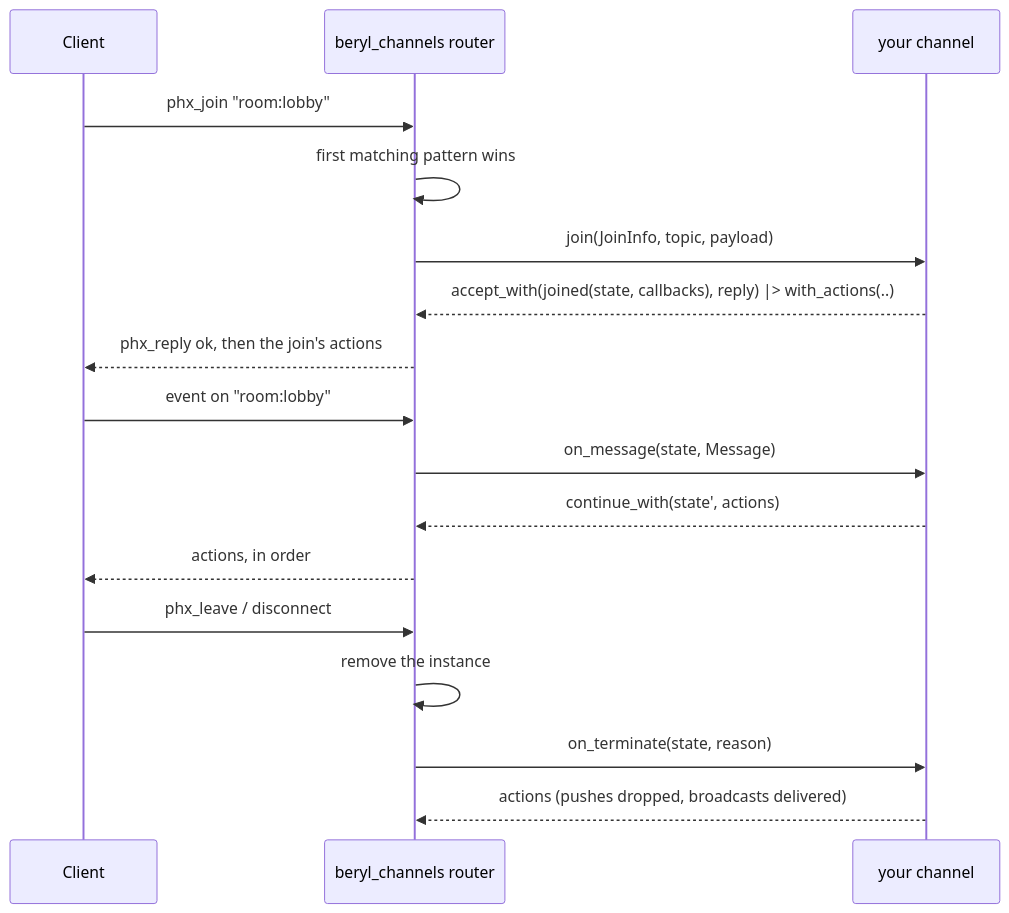
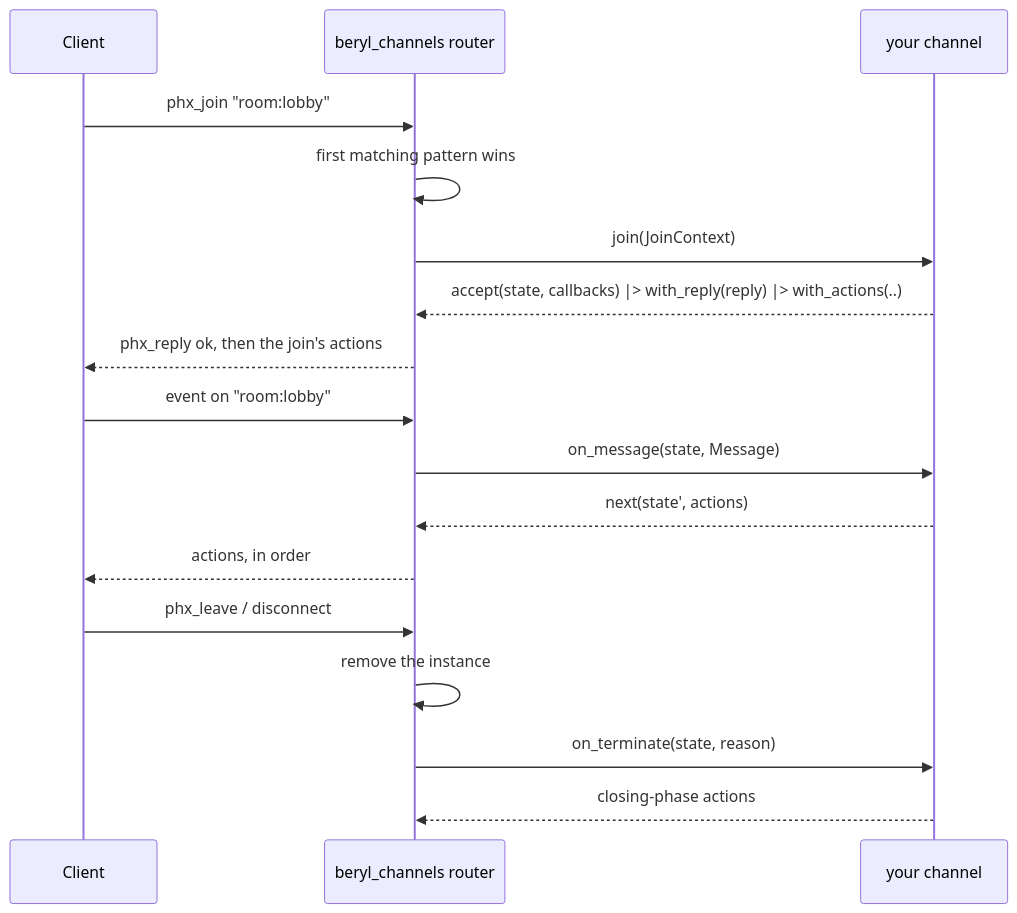
Before and after one commit to tylerbutler/beryl: the diagram in website/src/content/docs/guides/channels.md, drawn with Mermaid. The commit also changed other lines of this file and 38 other files, not shown here.

````diff
--- a/website/src/content/docs/guides/channels.md
+++ b/website/src/content/docs/guides/channels.md
@@ -519,19 +489,19 @@
 ```mermaid
 sequenceDiagram
   participant Client
   participant Router as beryl_channels router
   participant Ch as your channel
   Client->>Router: phx_join "room:lobby"
   Router->>Router: first matching pattern wins
-  Router->>Ch: join(JoinInfo, topic, payload)
-  Ch-->>Router: accept_with(joined(state, callbacks), reply) |> with_actions(..)
+  Router->>Ch: join(JoinContext)
+  Ch-->>Router: accept(state, callbacks) |> with_reply(reply) |> with_actions(..)
   Router-->>Client: phx_reply ok, then the join's actions
   Client->>Router: event on "room:lobby"
   Router->>Ch: on_message(state, Message)
-  Ch-->>Router: continue_with(state', actions)
+  Ch-->>Router: next(state', actions)
   Router-->>Client: actions, in order
   Client->>Router: phx_leave / disconnect
   Router->>Router: remove the instance
   Router->>Ch: on_terminate(state, reason)
-  Ch-->>Router: actions (pushes dropped, broadcasts delivered)
+  Ch-->>Router: closing-phase actions
 ```
````
